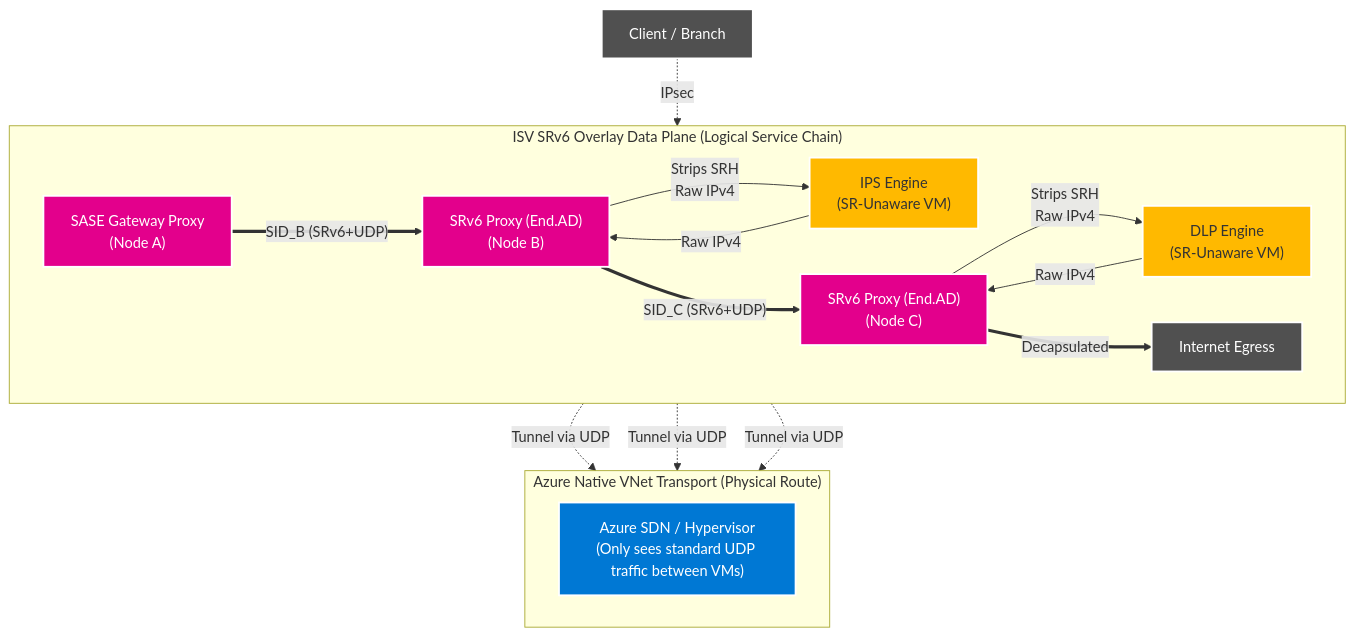
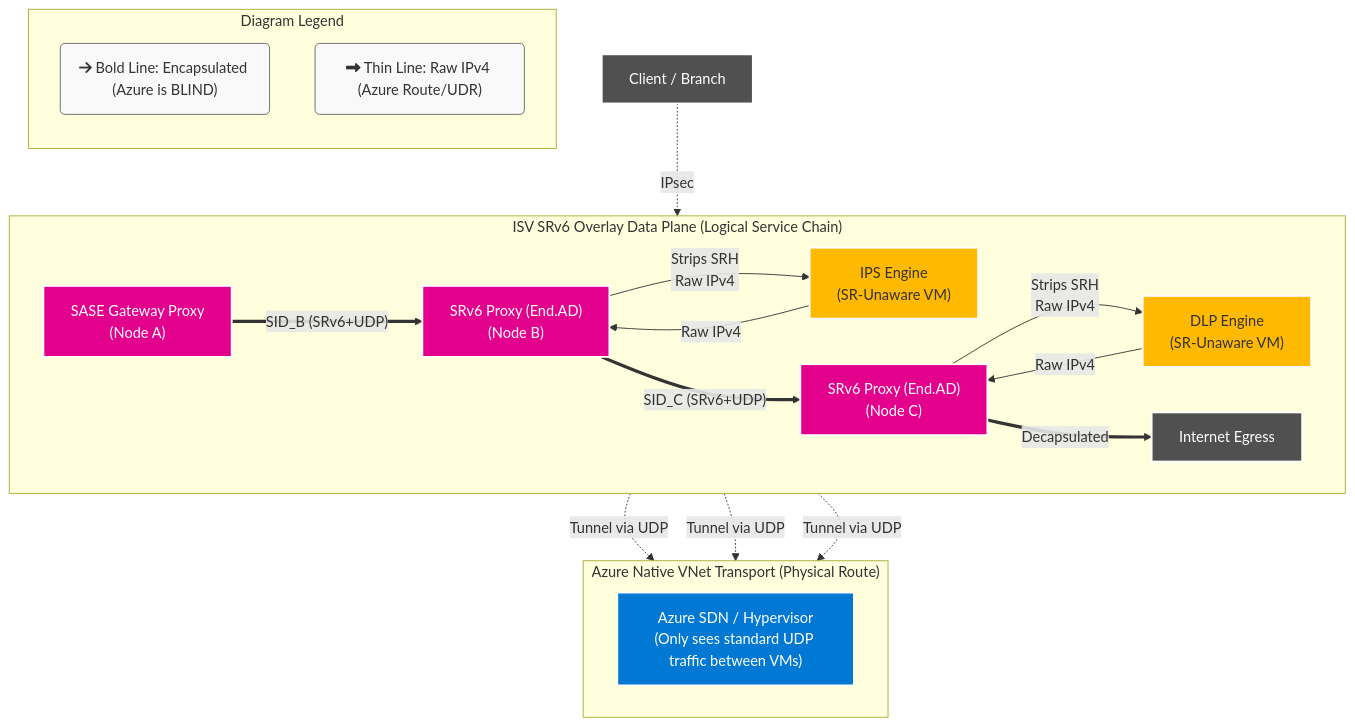
Before and after one commit to roie9876/SASE: the seventh of 8 diagrams in README.md, drawn with Mermaid. The commit also changed other lines of this file, not shown here.

Commit message:
docs: add controller text and update diagram legend

````diff
--- a/README.md
+++ b/README.md
@@ -552,41 +552,49 @@
 ```mermaid
 flowchart TD
     %% Styling
     classDef cloud fill:#0078D4,stroke:#fff,stroke-width:2px,color:#fff
     classDef proxy fill:#E3008C,stroke:#fff,stroke-width:2px,color:#fff
     classDef secApp fill:#FFB900,stroke:#fff,stroke-width:2px,color:#333
     classDef endUser fill:#505050,stroke:#fff,stroke-width:2px,color:#fff
 
     Client["Client / Branch"]:::endUser
+
+    classDef legendBox fill:#f9f9f9,stroke:#666,stroke-width:1px,color:#333
+
+    subgraph Legend ["Diagram Legend"]
+        direction TB
+        L1("fa:fa-arrow-right Bold Line: Encapsulated (Azure is BLIND)"):::legendBox
+        L2("fa:fa-long-arrow-alt-right Thin Line: Raw IPv4 (Azure Route/UDR)"):::legendBox
+    end
 
     subgraph Logical_Overlay ["ISV SRv6 Overlay Data Plane (Logical Service Chain)"]
         direction LR
         Ingress["SASE Gateway Proxy<br/>(Node A)"]:::proxy
         ProxyB["SRv6 Proxy (End.AD)<br/>(Node B)"]:::proxy
         ProxyC["SRv6 Proxy (End.AD)<br/>(Node C)"]:::proxy
         Egress["Internet Egress"]:::endUser
         
         IPS["IPS Engine<br/>(SR-Unaware VM)"]:::secApp
         DLP["DLP Engine<br/>(SR-Unaware VM)"]:::secApp
         
         Ingress == "SID_B (SRv6+UDP)" ==> ProxyB
         ProxyB -- "Strips SRH<br/>Raw IPv4" --> IPS
         IPS -- "Raw IPv4" --> ProxyB
         ProxyB == "SID_C (SRv6+UDP)" ==> ProxyC
         ProxyC -- "Strips SRH<br/>Raw IPv4" --> DLP
         DLP -- "Raw IPv4" --> ProxyC
         ProxyC == "Decapsulated" ==> Egress
     end
     
     subgraph Azure_Underlay ["Azure Native VNet Transport (Physical Route)"]
         direction LR
         VNet["Azure SDN / Hypervisor<br/>(Only sees standard UDP traffic between VMs)"]:::cloud
     end
     
     Client -. "IPsec" .-> Ingress
     
     %% Relationships bridging underlay/overlay
     Ingress -. "Tunnel via UDP" .-> VNet
     ProxyB -. "Tunnel via UDP" .-> VNet
     ProxyC -. "Tunnel via UDP" .-> VNet
 ```
````
